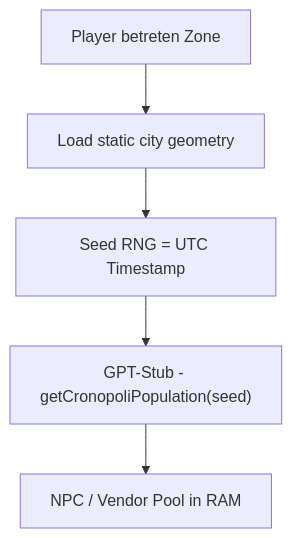
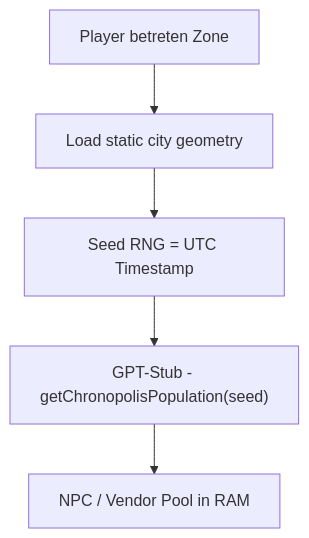
One commit to pchospital-lab/ZEITRISS-md changed the second of 2 diagrams in gameplay/kampagnenstruktur.md. Above: the diagram before and after it, drawn with Mermaid. The commit also changed other lines of this file, not shown here.

````diff
--- a/gameplay/kampagnenstruktur.md
+++ b/gameplay/kampagnenstruktur.md
@@ -717,7 +717,7 @@
 ```mermaid
 graph TD
     A[Player betreten Zone] --> B[Load static city geometry];
     B --> C[Seed RNG = UTC Timestamp];
-    C --> D["GPT-Stub - getCronopoliPopulation(seed)"];
+    C --> D["GPT-Stub - getChronopolisPopulation(seed)"];
     D --> E["NPC / Vendor Pool in RAM"];
 ```
````
